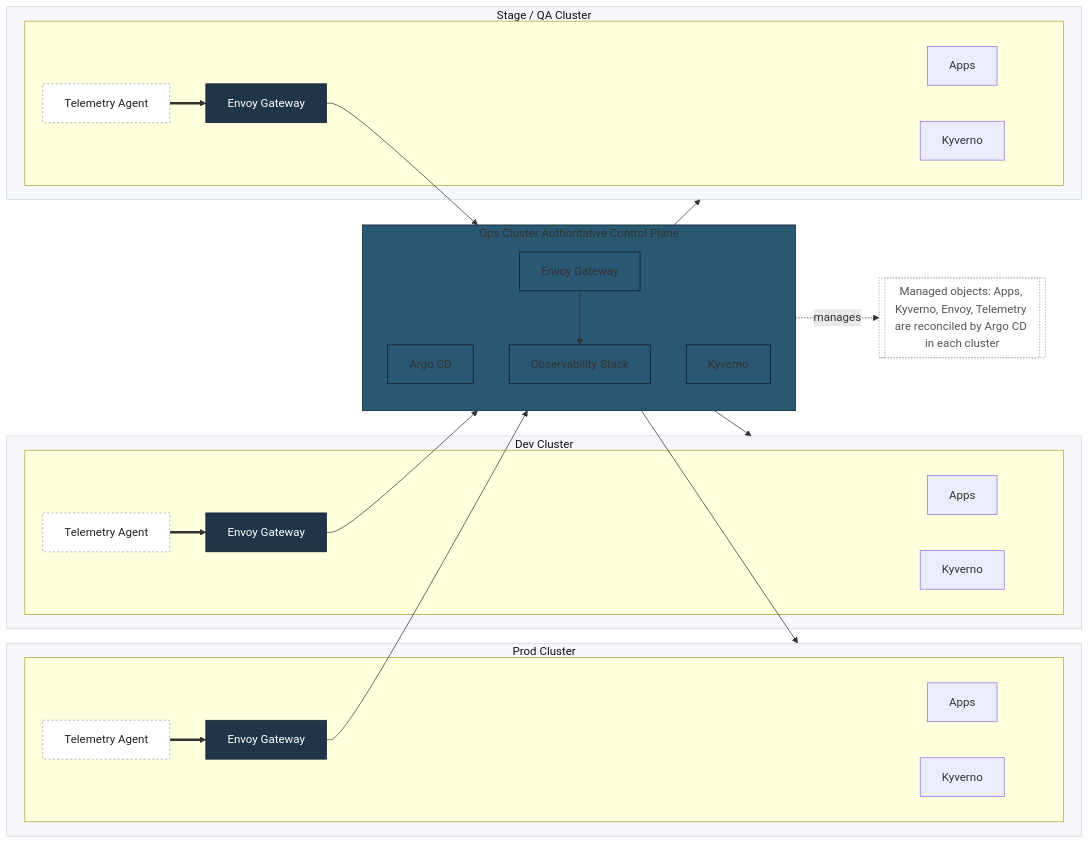
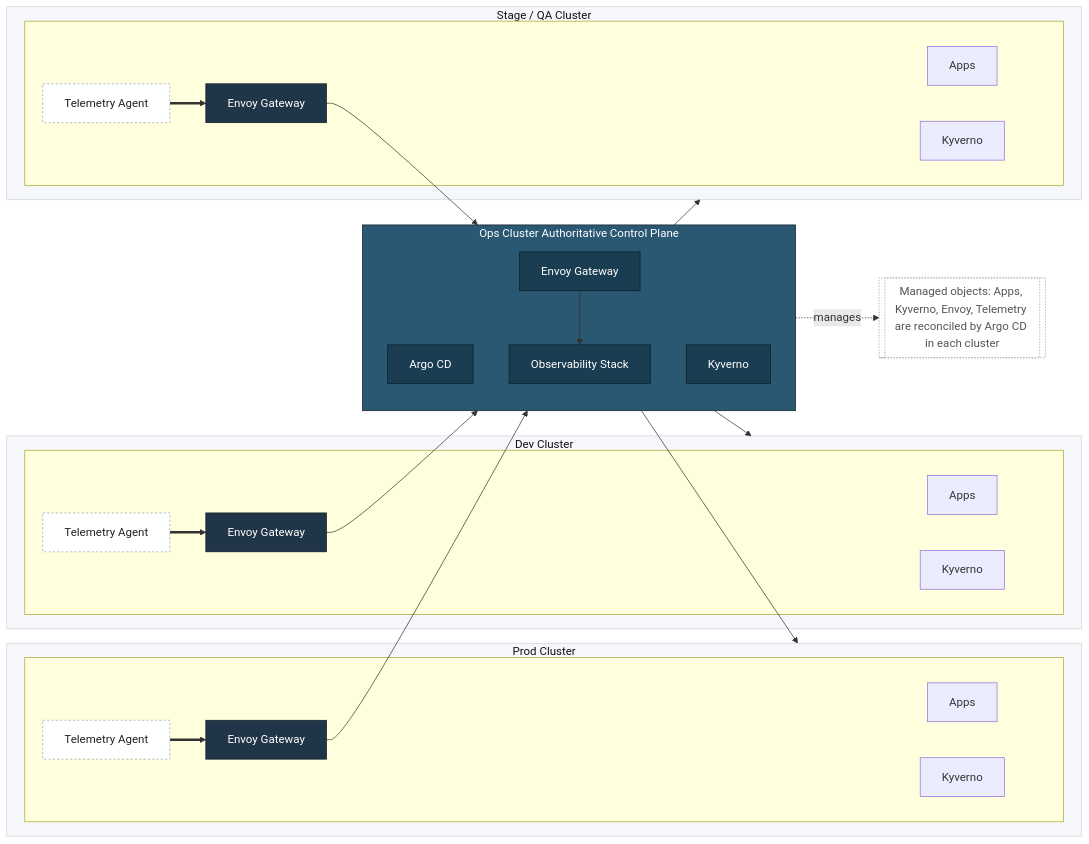
One commit to Thakurvaibhav/k8s changed the first of 3 diagrams in README.md. Above: the diagram before and after it, drawn with Mermaid.

Commit message:
color tune

````diff
--- a/README.md
+++ b/README.md
@@ -73,64 +73,63 @@
 ```mermaid
 flowchart LR
-  classDef ops fill:#2a5872,stroke:#0d1e27,color:#ffffff;  %% slightly lighter than #3c5c70ff
-  classDef ctrl fill:#254861,stroke:#0d1e27,color:#ffffff;
+  classDef ops fill:#2a5872,stroke:#0d1e27,color:#ffffff;
+  classDef opsnode fill:#1b3d52,stroke:#0a1f29,color:#ffffff;
   classDef env fill:#f5f7fa,stroke:#cfd6dd,color:#111111;
   classDef tel fill:#ffffff,stroke:#97a3ab,color:#222222,stroke-dasharray:3 3;
   classDef gw fill:#203547,stroke:#0d1e27,color:#ffffff;
   classDef note fill:#ffffff,stroke:#97a3ab,color:#555555,stroke-dasharray:2 2;
 
-  %% OPS CLUSTER (vertical layout)
+  %% OPS CLUSTER
   subgraph OPS[Ops Cluster Authoritative Control Plane]
     direction TB
     ACD[Argo CD]
     KYV[Kyverno]
     GWOPS[Envoy Gateway]
     OBS[Observability Stack]
   end
 
-  %% ENVIRONMENT CLUSTERS (ordered: Prod, Dev, Stage to the right)
+  %% ENVIRONMENT CLUSTERS
   subgraph PROD[Prod Cluster]
     subgraph PRDSTACK[ ]
       PRODAPP[Apps]
       KYVPRD[Kyverno]
       GWPRD[Envoy Gateway]
       TELPRD[Telemetry Agent]
     end
   end
   subgraph DEV[Dev Cluster]
     subgraph DEVSTACK[ ]
       DEVAPP[Apps]
       KYVDEV[Kyverno]
       GWDEV[Envoy Gateway]
       TELDEV[Telemetry Agent]
     end
   end
   subgraph STAGE[Stage / QA Cluster]
     subgraph STGSTACK[ ]
       STGAPP[Apps]
       KYVSTG[Kyverno]
       GWSTG[Envoy Gateway]
       TELSTG[Telemetry Agent]
     end
   end
 
-  %% GitOps fan-out (one arrow per cluster retained)
   ACD --> PROD
   ACD --> DEV
   ACD --> STAGE
 
-  %% Telemetry path: local emit -> local Envoy -> Ops Envoy -> Observability
   TELPRD ==> GWPRD --> GWOPS
   TELDEV ==> GWDEV --> GWOPS
   TELSTG ==> GWSTG --> GWOPS
   GWOPS --> OBS
 
   %% Legend / note
   NOTE1[[Managed objects: Apps, Kyverno, Envoy, Telemetry are reconciled by Argo CD in each cluster]]:::note
   ACD -. manages .-> NOTE1
 
-  class OPS,ACD,KYV,GWOPS,OBS ops;
+  class OPS ops;
+  class ACD,KYV,GWOPS,OBS opsnode;
   class PROD,DEV,STAGE env;
   class GWDEV,GWSTG,GWPRD gw;
   class TELDEV,TELSTG,TELPRD tel;
 ```
````
